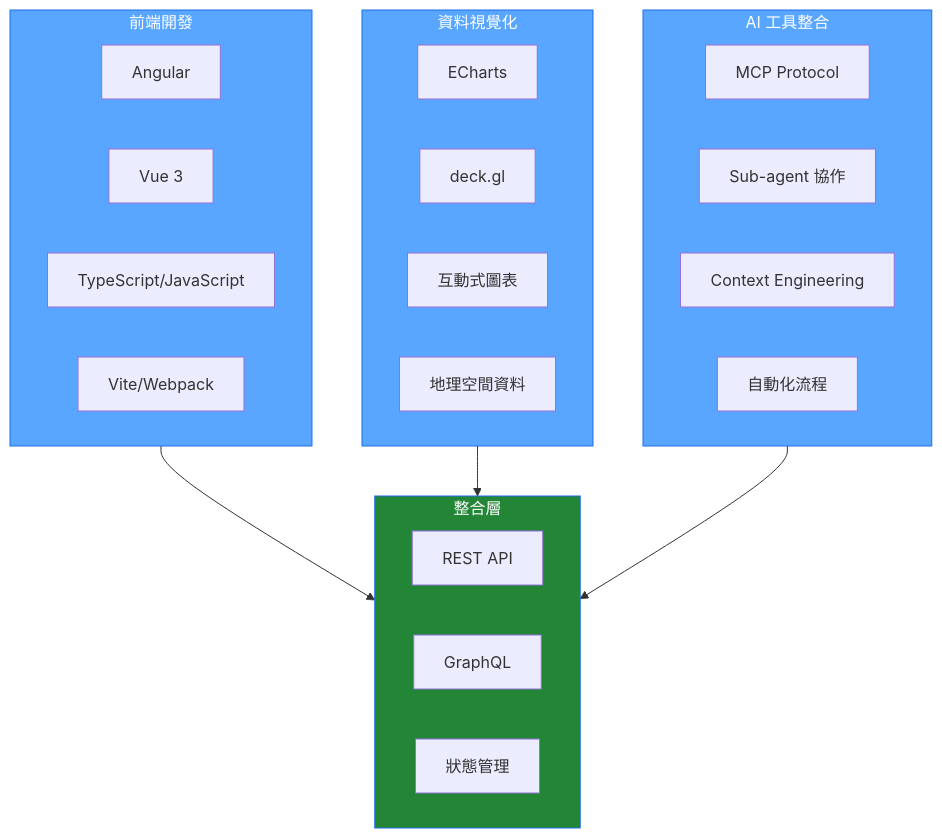
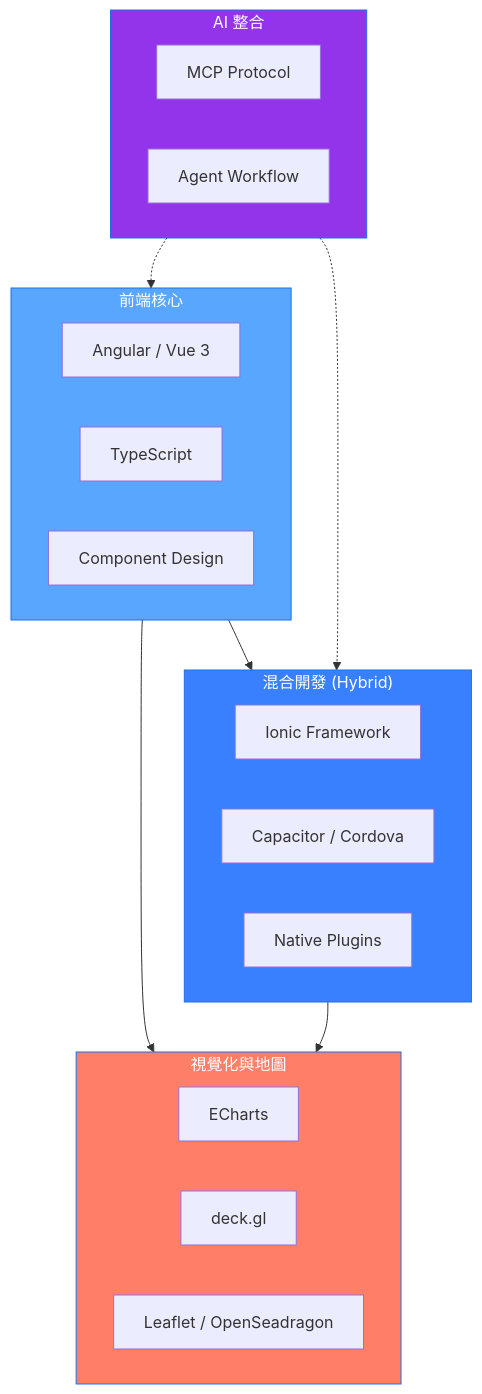
Before and after one commit to Yang-tzu-yi/Yang-tzu-yi: the diagram in README.md, drawn with Mermaid. The commit also changed other lines of this file, not shown here.

````diff
--- a/README.md
+++ b/README.md
@@ -65,38 +49,36 @@
 ```mermaid
 graph TB
-    subgraph Frontend["前端開發"]
-        A1[Angular]
-        A2[Vue 3]
-        A3[TypeScript/JavaScript]
-        A4[Vite/Webpack]
+    subgraph Frontend["前端核心"]
+        A1[Angular / Vue 3]
+        A2[TypeScript]
+        A3[Component Design]
+    end
+
+    subgraph Mobile["混合開發 (Hybrid)"]
+        M1[Ionic Framework]
+        M2[Capacitor / Cordova]
+        M3[Native Plugins]
     end
     
-    subgraph Visualization["資料視覺化"]
+    subgraph Visualization["視覺化與地圖"]
         B1[ECharts]
         B2[deck.gl]
-        B3[互動式圖表]
-        B4[地理空間資料]
+        B3[Leaflet / OpenSeadragon]
     end
     
-    subgraph AI["AI 工具整合"]
+    subgraph AI["AI 整合"]
         C1[MCP Protocol]
-        C2[Sub-agent 協作]
-        C3[Context Engineering]
-        C4[自動化流程]
+        C2[Agent Workflow]
     end
     
-    subgraph Integration["整合層"]
-        D1[REST API]
-        D2[GraphQL]
-        D3[狀態管理]
-    end
-    
-    Frontend --> Integration
-    Visualization --> Integration
-    AI --> Integration
+    Frontend --> Mobile
+    Frontend --> Visualization
+    Mobile --> Visualization
+    AI -.-> Frontend
+    AI -.-> Mobile
     
     style Frontend fill:#58A6FF,stroke:#1F6FEB,color:#fff
-    style Visualization fill:#58A6FF,stroke:#1F6FEB,color:#fff
-    style AI fill:#58A6FF,stroke:#1F6FEB,color:#fff
-    style Integration fill:#238636,stroke:#1F6FEB,color:#fff
+    style Mobile fill:#3880FF,stroke:#1F6FEB,color:#fff
+    style Visualization fill:#FF7E67,stroke:#1F6FEB,color:#fff
+    style AI fill:#9333EA,stroke:#1F6FEB,color:#fff
 ```
````
